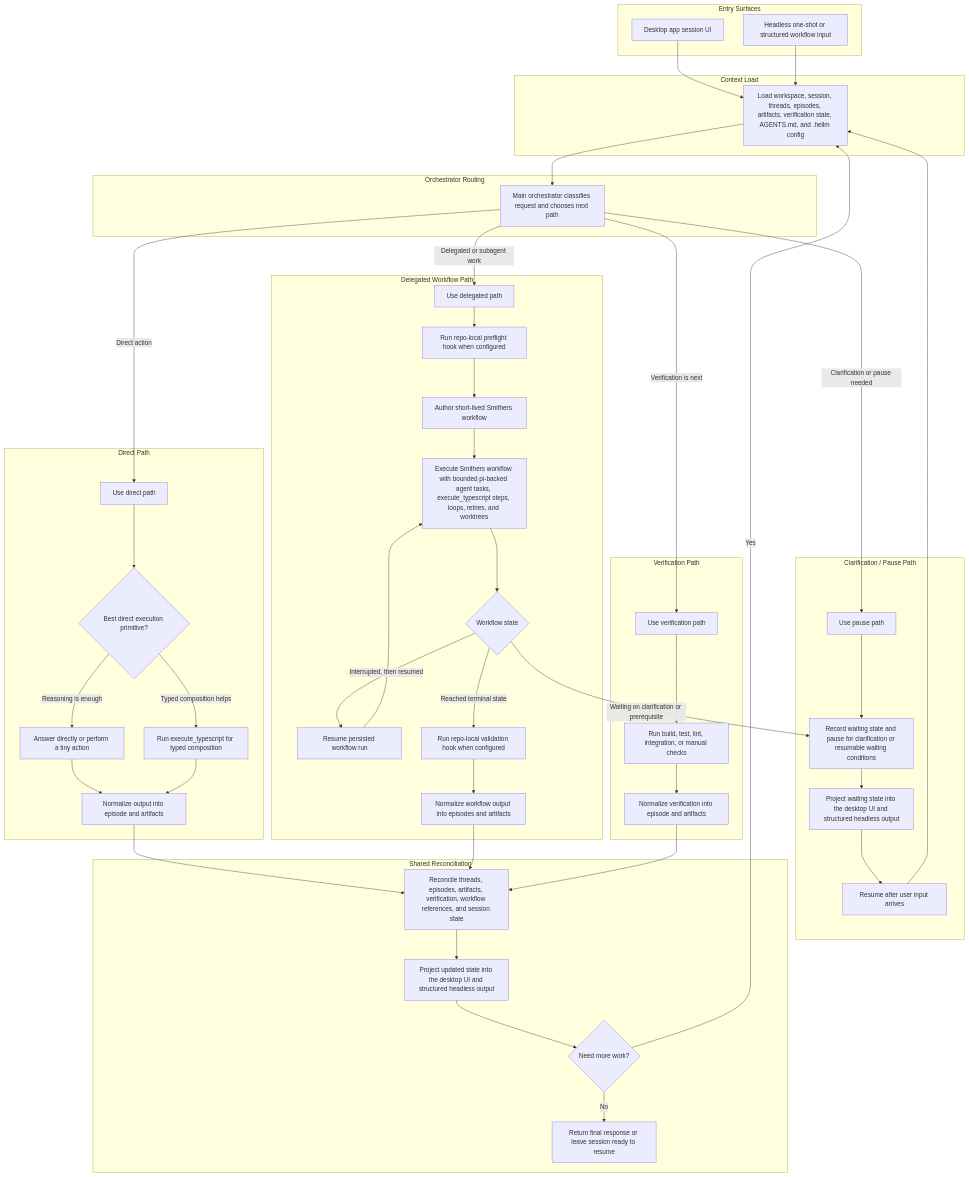
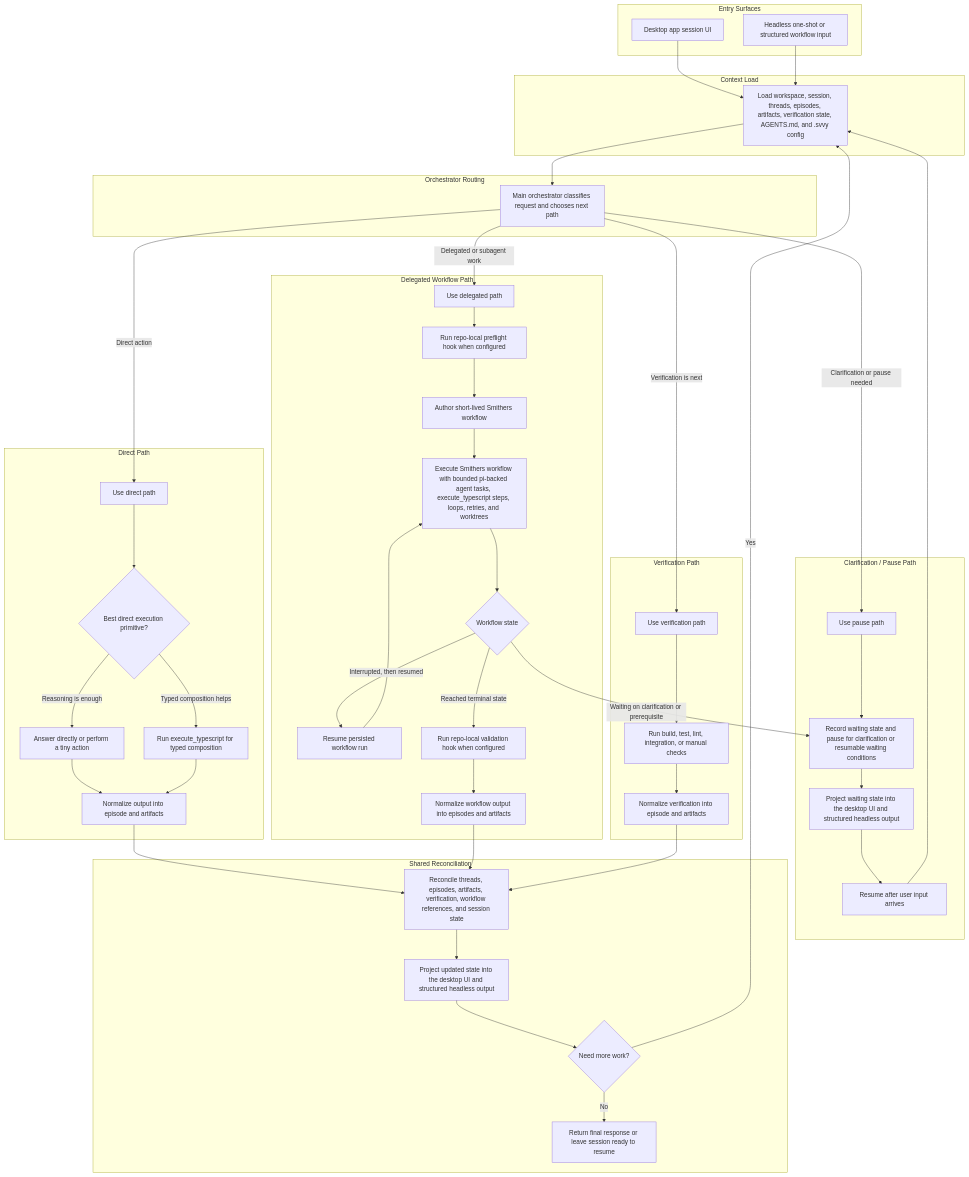
One commit to 0xpolarzero/hellm changed the diagram in docs/execution-model.md. Above: the diagram before and after it, drawn with Mermaid. The commit also changed other lines of this file and 60 other files, not shown here.

Commit message:
chore: rebrand hellm to svvy

```diff
--- a/docs/execution-model.md
+++ b/docs/execution-model.md
@@ -12,7 +12,7 @@
     end
 
     subgraph Context["Context Load"]
-        Load["Load workspace, session, threads, episodes, artifacts, verification state, AGENTS.md, and .hellm config"]
+        Load["Load workspace, session, threads, episodes, artifacts, verification state, AGENTS.md, and .svvy config"]
     end
 
     subgraph Routing["Orchestrator Routing"]
```
